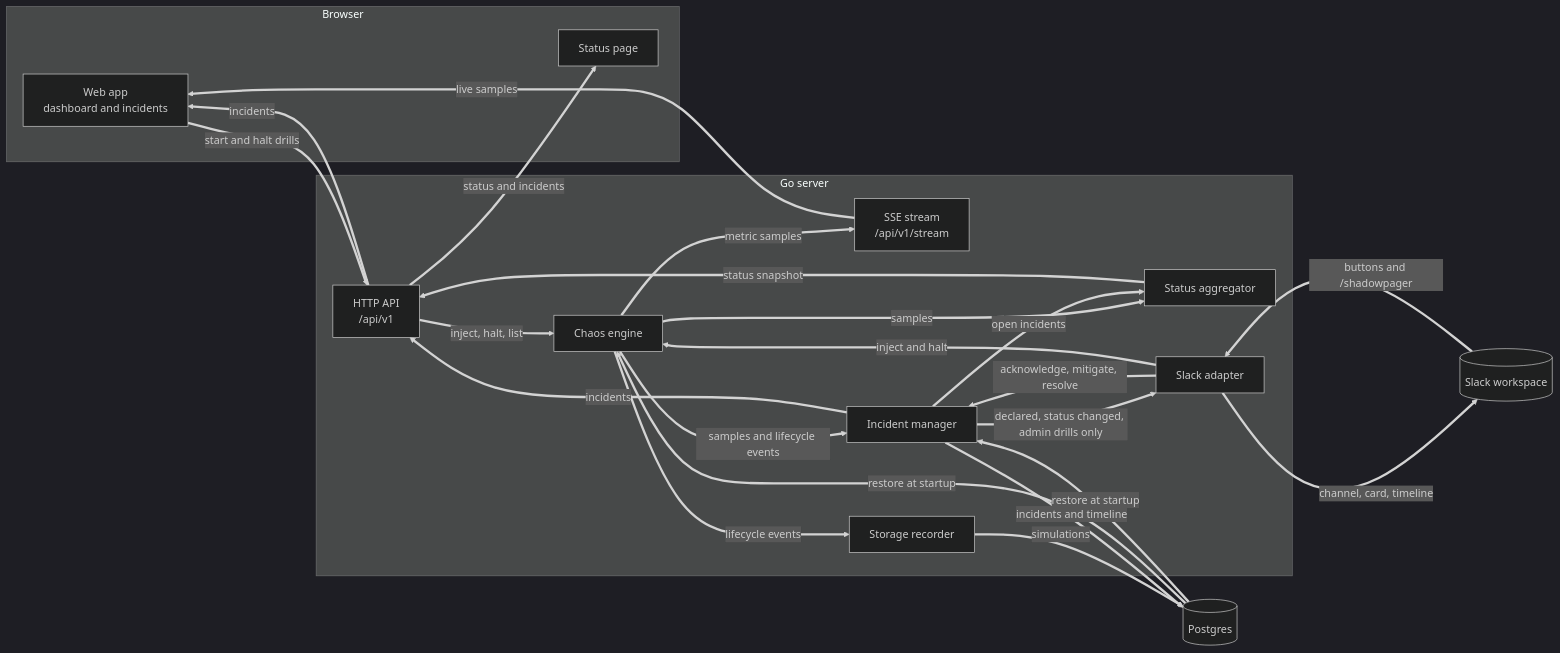
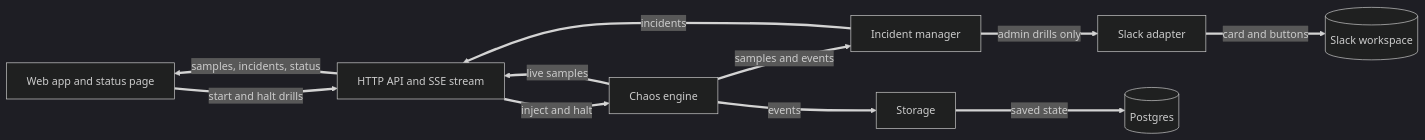
The diagram in README.md (MA-V4/shadow-pager), drawn with Mermaid (dark theme) before and after one commit. The commit also changed other lines of this file and 5 other files, not shown here.

````diff
--- a/README.md
+++ b/README.md
@@ -49,42 +39,22 @@
 ```mermaid
 flowchart LR
-    subgraph Browser
-        WEB[Web app<br/>dashboard and incidents]
-        STATUS[Status page]
-    end
-
-    subgraph Server["Go server"]
-        API[HTTP API<br/>/api/v1]
-        SSE[SSE stream<br/>/api/v1/stream]
-        ENGINE[Chaos engine]
-        MANAGER[Incident manager]
-        AGG[Status aggregator]
-        SLACK[Slack adapter]
-        RECORDER[Storage recorder]
-    end
-
+    WEB[Web app and status page]
+    API[HTTP API and SSE stream]
+    ENGINE[Chaos engine]
+    MANAGER[Incident manager]
+    SLACK[Slack adapter]
     SLACKAPP[(Slack workspace)]
+    STORE[Storage]
     DB[(Postgres)]
 
     WEB ==>|start and halt drills| API
-    API ==>|inject, halt, list| ENGINE
-    ENGINE ==>|metric samples| SSE
-    SSE ==>|live samples| WEB
-    ENGINE ==>|samples and lifecycle events| MANAGER
-    ENGINE ==>|samples| AGG
-    ENGINE ==>|lifecycle events| RECORDER
+    API ==>|inject and halt| ENGINE
+    ENGINE ==>|live samples| API
+    API ==>|samples, incidents, status| WEB
+    ENGINE ==>|samples and events| MANAGER
     MANAGER ==>|incidents| API
-    MANAGER ==>|open incidents| AGG
-    AGG ==>|status snapshot| API
-    API ==>|status and incidents| STATUS
-    API ==>|incidents| WEB
-    MANAGER ==>|declared, status changed, admin drills only| SLACK
-    SLACK ==>|channel, card, timeline| SLACKAPP
-    SLACKAPP ==>|buttons and /shadowpager| SLACK
-    SLACK ==>|acknowledge, mitigate, resolve| MANAGER
-    SLACK ==>|inject and halt| ENGINE
-    RECORDER ==>|simulations| DB
-    MANAGER ==>|incidents and timeline| DB
-    DB ==>|restore at startup| ENGINE
-    DB ==>|restore at startup| MANAGER
+    MANAGER ==>|admin drills only| SLACK
+    SLACK ==>|card and buttons| SLACKAPP
+    ENGINE ==>|events| STORE
+    STORE ==>|saved state| DB
 ```
````
